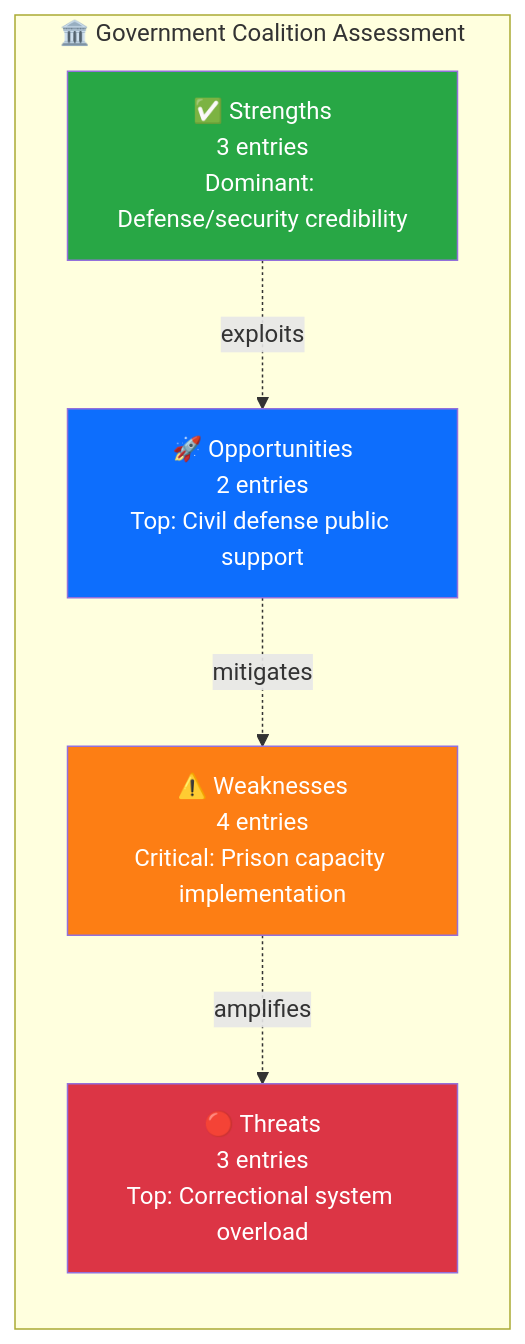
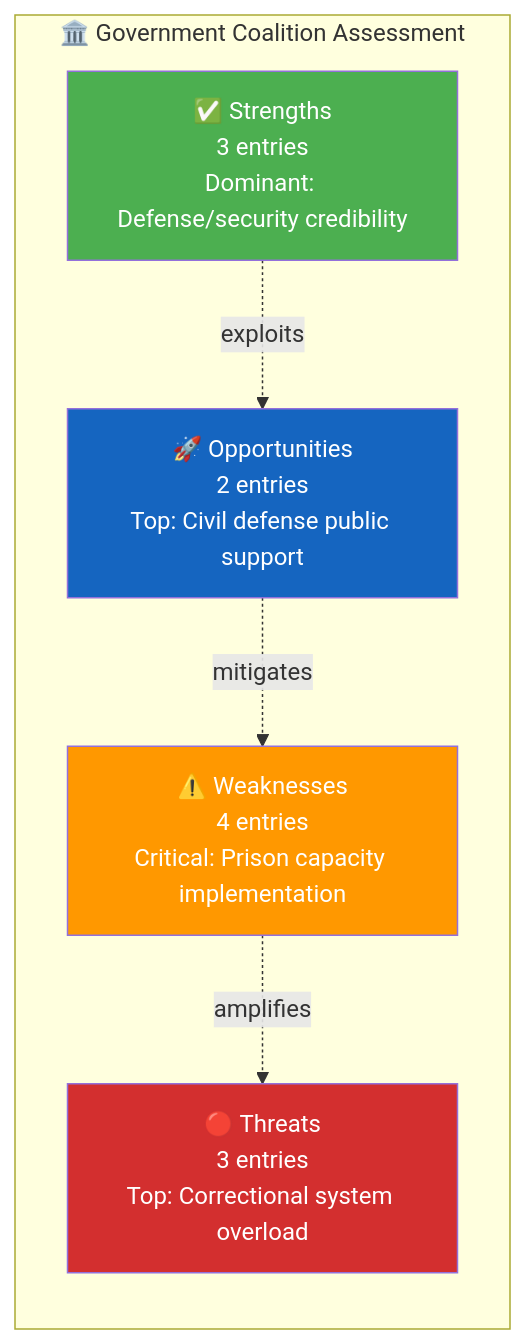
One commit to Hack23/riksdagsmonitor changed the second of 2 diagrams in analysis/daily/2026-04-06/realtime-1029/synthesis-summary.md. Above: the diagram before and after it, drawn with Mermaid. The commit also changed other lines of this file and 785 other files, not shown here.

First line of the commit message:
Normalize mermaid colors across 786 analysis artifacts to ISMS Style Guide palette

````diff
--- a/analysis/daily/2026-04-06/realtime-1029/synthesis-summary.md
+++ b/analysis/daily/2026-04-06/realtime-1029/synthesis-summary.md
@@ -73,18 +73,18 @@
 ```mermaid
 graph LR
     subgraph "🏛️ Government Coalition Assessment"
         GS["✅ Strengths<br/>3 entries<br/>Dominant: Defense/security credibility"]
         GW["⚠️ Weaknesses<br/>4 entries<br/>Critical: Prison capacity implementation"]
         GO["🚀 Opportunities<br/>2 entries<br/>Top: Civil defense public support"]
         GT["🔴 Threats<br/>3 entries<br/>Top: Correctional system overload"]
     end
 
     GS -.->|"exploits"| GO
     GW -.->|"amplifies"| GT
     GO -.->|"mitigates"| GW
 
-    style GS fill:#28a745,color:#fff
-    style GW fill:#fd7e14,color:#fff
-    style GO fill:#0d6efd,color:#fff
-    style GT fill:#dc3545,color:#fff
+    style GS fill:#4CAF50,color:#FFFFFF
+    style GW fill:#FF9800,color:#FFFFFF
+    style GO fill:#1565C0,color:#FFFFFF
+    style GT fill:#D32F2F,color:#FFFFFF
 ```
````
